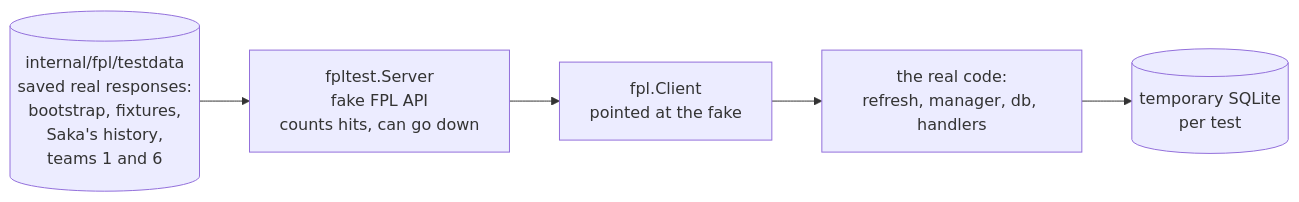
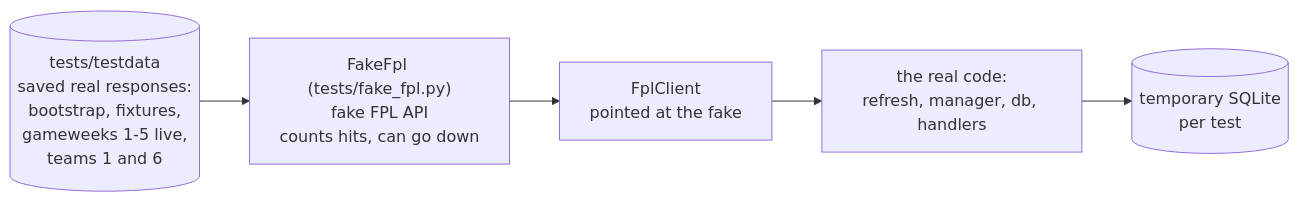
Diagram 13 of 13 in docs/architecture.md (KaartikeyNatrajan/SquadScout), drawn with Mermaid before and after one commit. The commit also changed other lines of this file and 188 other files, not shown here.

````diff
--- a/docs/architecture.md
+++ b/docs/architecture.md
@@ -540,10 +647,10 @@
 ```mermaid
 flowchart LR
-    td[("internal/fpl/testdata<br/>saved real responses:<br/>bootstrap, fixtures,<br/>Saka's history,<br/>teams 1 and 6")]
-    fake["fpltest.Server<br/>fake FPL API<br/>counts hits, can go down"]
-    client["fpl.Client<br/>pointed at the fake"]
+    td[("tests/testdata<br/>saved real responses:<br/>bootstrap, fixtures,<br/>gameweeks 1-5 live,<br/>teams 1 and 6")]
+    fake["FakeFpl (tests/fake_fpl.py)<br/>fake FPL API<br/>counts hits, can go down"]
+    client["FplClient<br/>pointed at the fake"]
     real["the real code:<br/>refresh, manager, db, handlers"]
     tmp[("temporary SQLite<br/>per test")]
 
     td --> fake --> client --> real --> tmp
 ```
````
